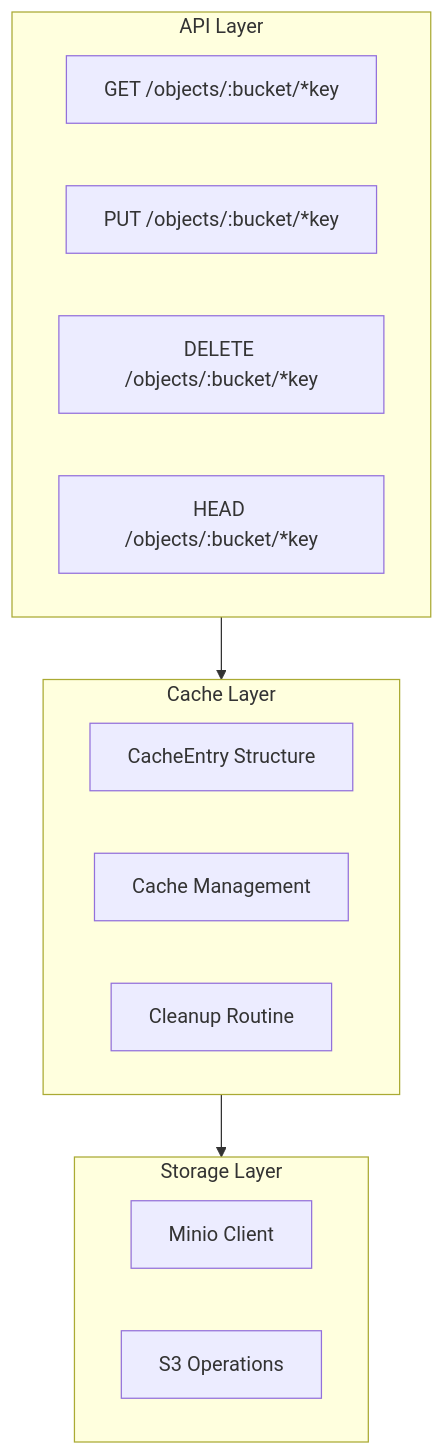
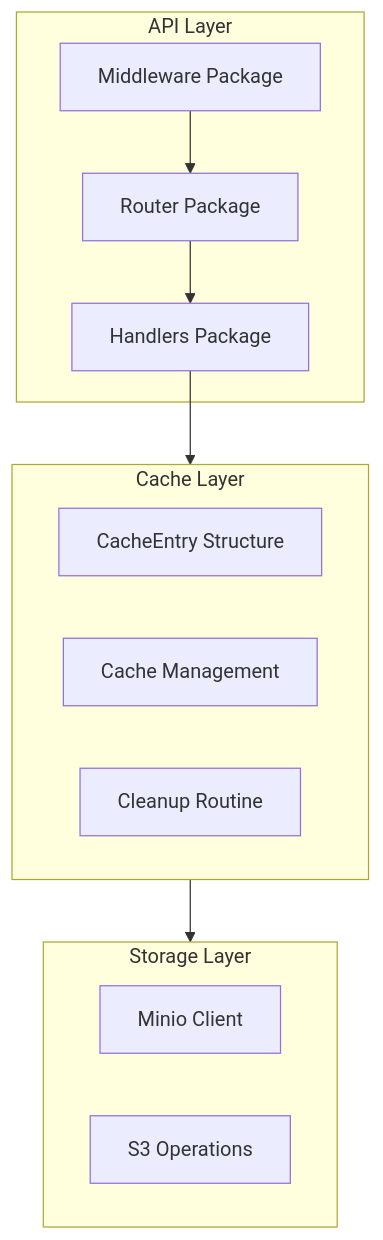
The second of 2 diagrams in readme.md (muandane/estrois), drawn with Mermaid before and after one commit. The commit also changed other lines of this file and 6 other files, not shown here.

````diff
--- a/readme.md
+++ b/readme.md
@@ -27,23 +34,24 @@
 ```mermaid
 graph TD
     subgraph API_Layer[API Layer]
-        GET[GET /objects/:bucket/*key]
-        PUT[PUT /objects/:bucket/*key]
-        DELETE[DELETE /objects/:bucket/*key]
-        HEAD[HEAD /objects/:bucket/*key]
+        Router[Router Package]
+        Middleware[Middleware Package]
+        Handlers[Handlers Package]
     end
     
     subgraph Cache_Layer[Cache Layer]
         CacheEntry[CacheEntry Structure]
         CacheManagement[Cache Management]
         CleanupRoutine[Cleanup Routine]
     end
     
     subgraph Storage_Layer[Storage Layer]
         MinioClient[Minio Client]
         S3Operations[S3 Operations]
     end
     
-    API_Layer --> Cache_Layer
+    Router --> Handlers
+    Middleware --> Router
+    Handlers --> Cache_Layer
     Cache_Layer --> Storage_Layer
 ```
````
